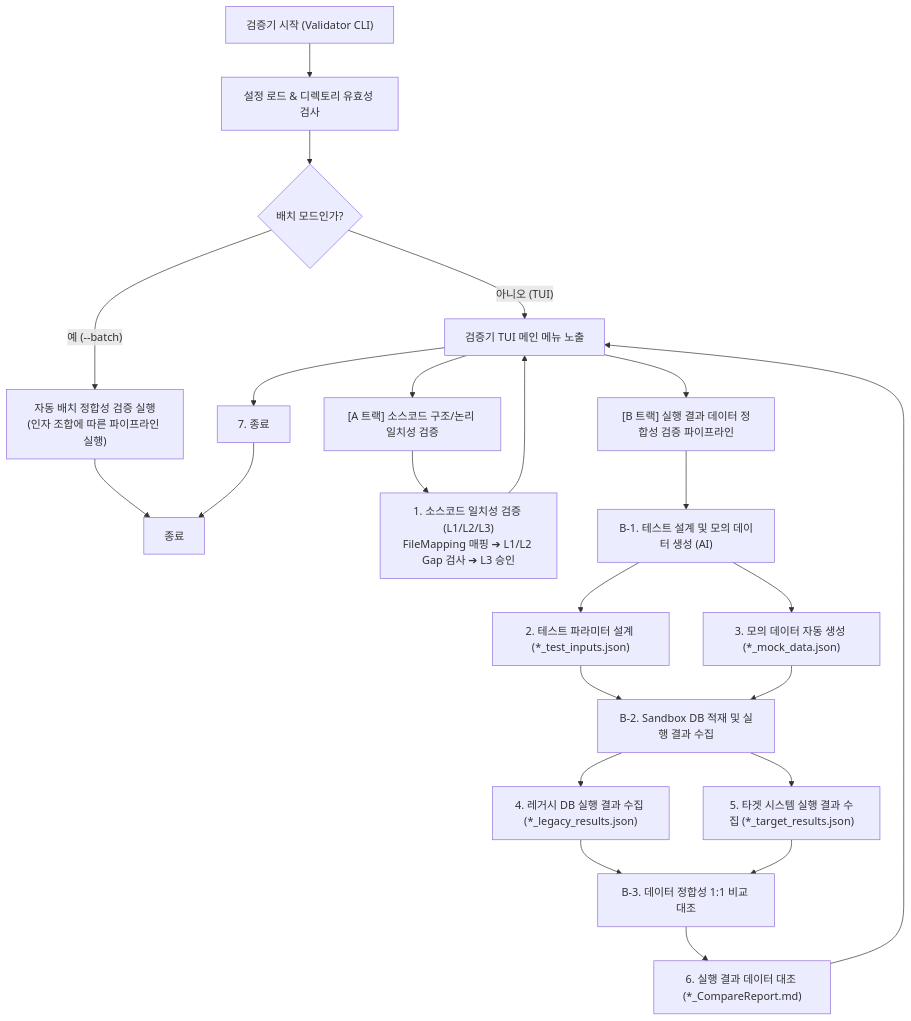
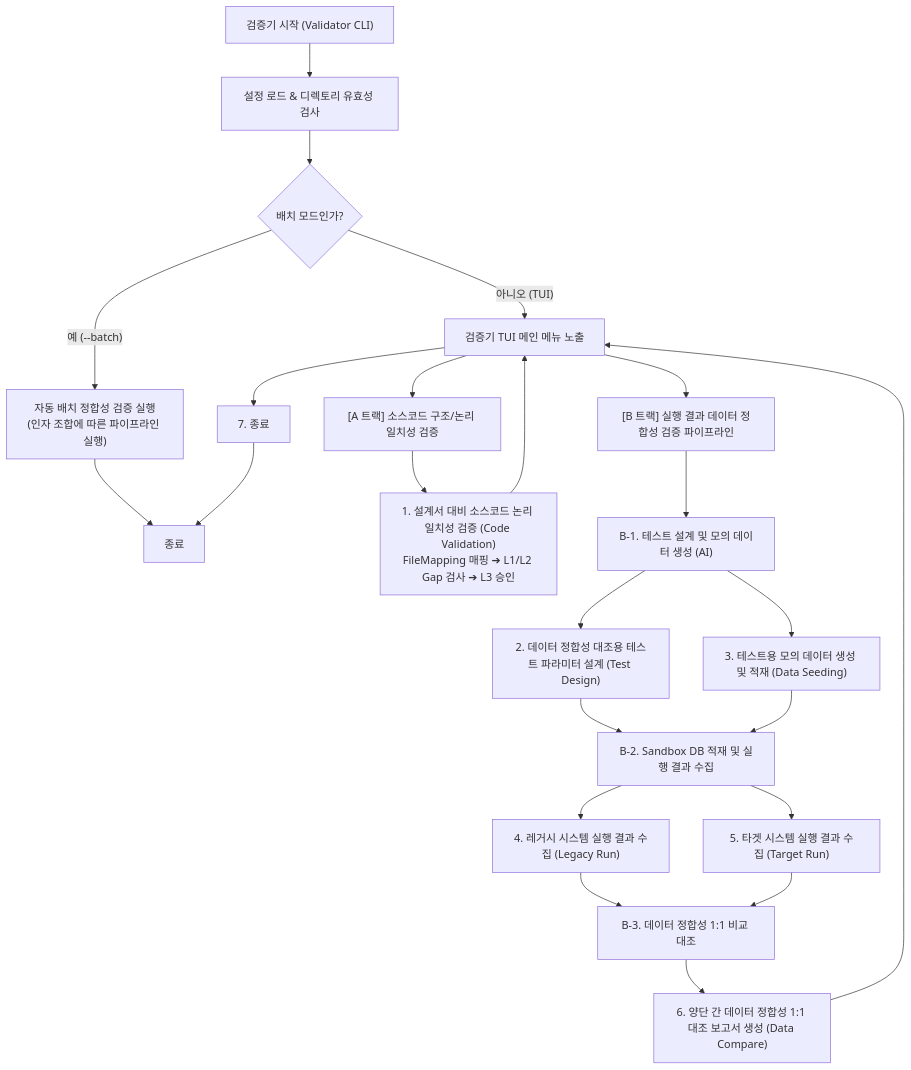
The fourth of 7 diagrams in docs/architecture.md (moondae815/ReSet), drawn with Mermaid before and after one commit. The commit also changed 3 other files, not shown here.

Commit message:
docs: sync README and architecture.md with pipeline style menu names and updated logic

````diff
--- a/docs/architecture.md
+++ b/docs/architecture.md
@@ -186,40 +186,40 @@
 ```mermaid
 graph TD
     %% 초기화 및 모드 판단
     StartVal["검증기 시작 (Validator CLI)"] --> ParseVal["설정 로드 & 디렉토리 유효성 검사"]
     ParseVal --> ModeCheckVal{"배치 모드인가?"}
 
     %% 배치 모드
     ModeCheckVal -- "예 (--batch)" --> ExecBatchVal["자동 배치 정합성 검증 실행<br/>(인자 조합에 따른 파이프라인 실행)"]
     ExecBatchVal --> EndVal["종료"]
 
     %% TUI 모드 진입
     ModeCheckVal -- "아니오 (TUI)" --> TuiMenu["검증기 TUI 메인 메뉴 노출"]
     
     %% 구조적 일치성 흐름 (독립적 트랙)
     TuiMenu --> StructTrack["[A 트랙] 소스코드 구조/논리 일치성 검증"]
-    StructTrack --> Menu1["1. 소스코드 일치성 검증 (L1/L2/L3)<br/>FileMapping 매핑 ➔ L1/L2 Gap 검사 ➔ L3 승인"]
+    StructTrack --> Menu1["1. 설계서 대비 소스코드 논리 일치성 검증 (Code Validation)<br/>FileMapping 매핑 ➔ L1/L2 Gap 검사 ➔ L3 승인"]
     Menu1 --> TuiMenu
 
     %% 데이터 정합성 검증 흐름 (상호 의존적 파이프라인 트랙)
     TuiMenu --> DataTrack["[B 트랙] 실행 결과 데이터 정합성 검증 파이프라인"]
     
     %% B-1단계: 테스트 자료 설계
     DataTrack --> Step1["B-1. 테스트 설계 및 모의 데이터 생성 (AI)"]
-    Step1 --> Menu2["2. 테스트 파라미터 설계 (*_test_inputs.json)"]
-    Step1 --> Menu3["3. 모의 데이터 자동 생성 (*_mock_data.json)"]
+    Step1 --> Menu2["2. 데이터 정합성 대조용 테스트 파라미터 설계 (Test Design)"]
+    Step1 --> Menu3["3. 테스트용 모의 데이터 생성 및 적재 (Data Seeding)"]
     
     %% B-2단계: 실행 및 수집 (Seeding 포함)
     Menu2 & Menu3 --> Step2["B-2. Sandbox DB 적재 및 실행 결과 수집"]
-    Step2 --> Menu4["4. 레거시 DB 실행 결과 수집 (*_legacy_results.json)"]
-    Step2 --> Menu5["5. 타겟 시스템 실행 결과 수집 (*_target_results.json)"]
+    Step2 --> Menu4["4. 레거시 시스템 실행 결과 수집 (Legacy Run)"]
+    Step2 --> Menu5["5. 타겟 시스템 실행 결과 수집 (Target Run)"]
     
     %% B-3단계: 최종 비교 대조
     Menu4 & Menu5 --> Step3["B-3. 데이터 정합성 1:1 비교 대조"]
-    Step3 --> Menu6["6. 실행 결과 데이터 대조 (*_CompareReport.md)"]
+    Step3 --> Menu6["6. 양단 간 데이터 정합성 1:1 대조 보고서 생성 (Data Compare)"]
     
     %% 루프백 및 종료
     Menu6 --> TuiMenu
     TuiMenu --> MenuExit["7. 종료"]
     MenuExit --> EndVal
 ```
````
